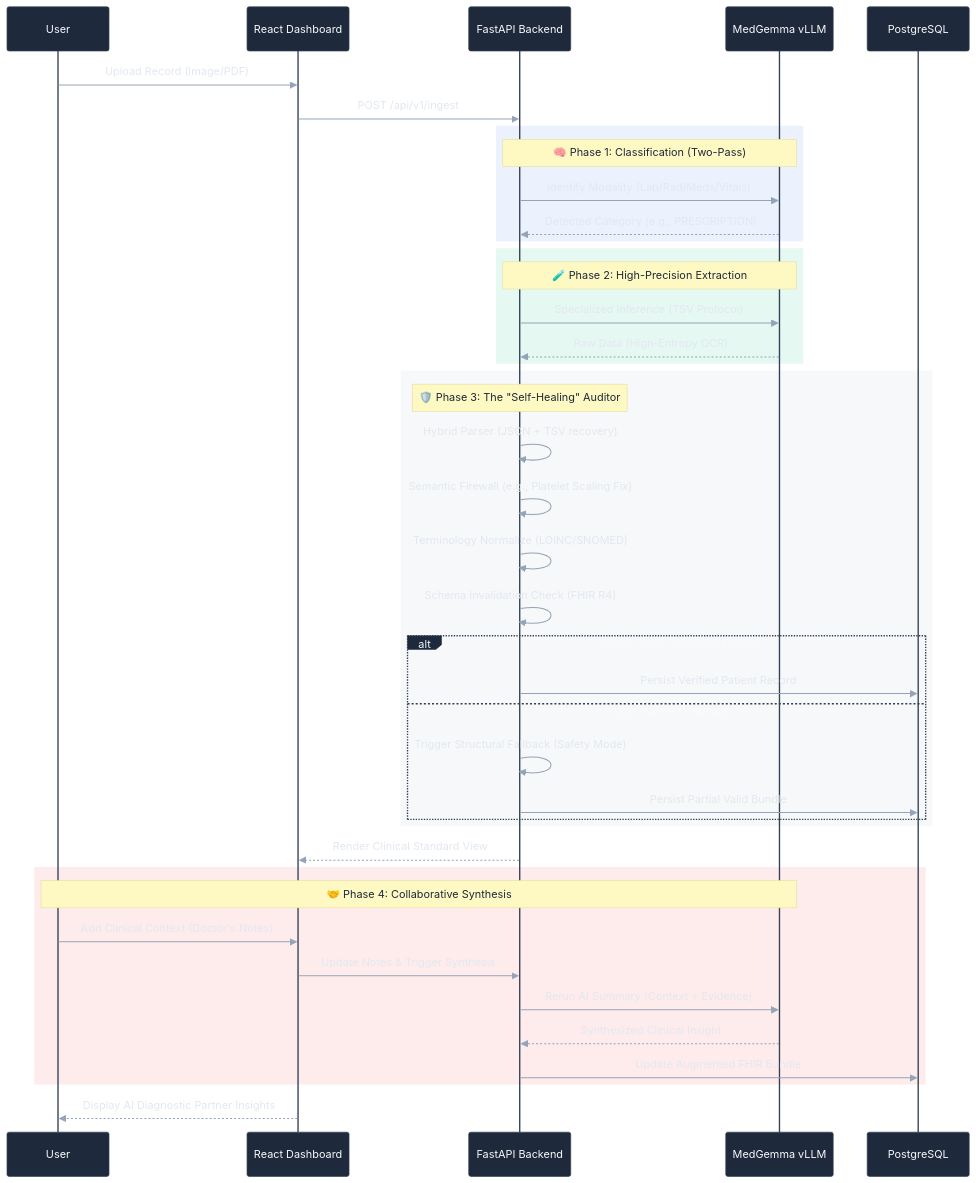
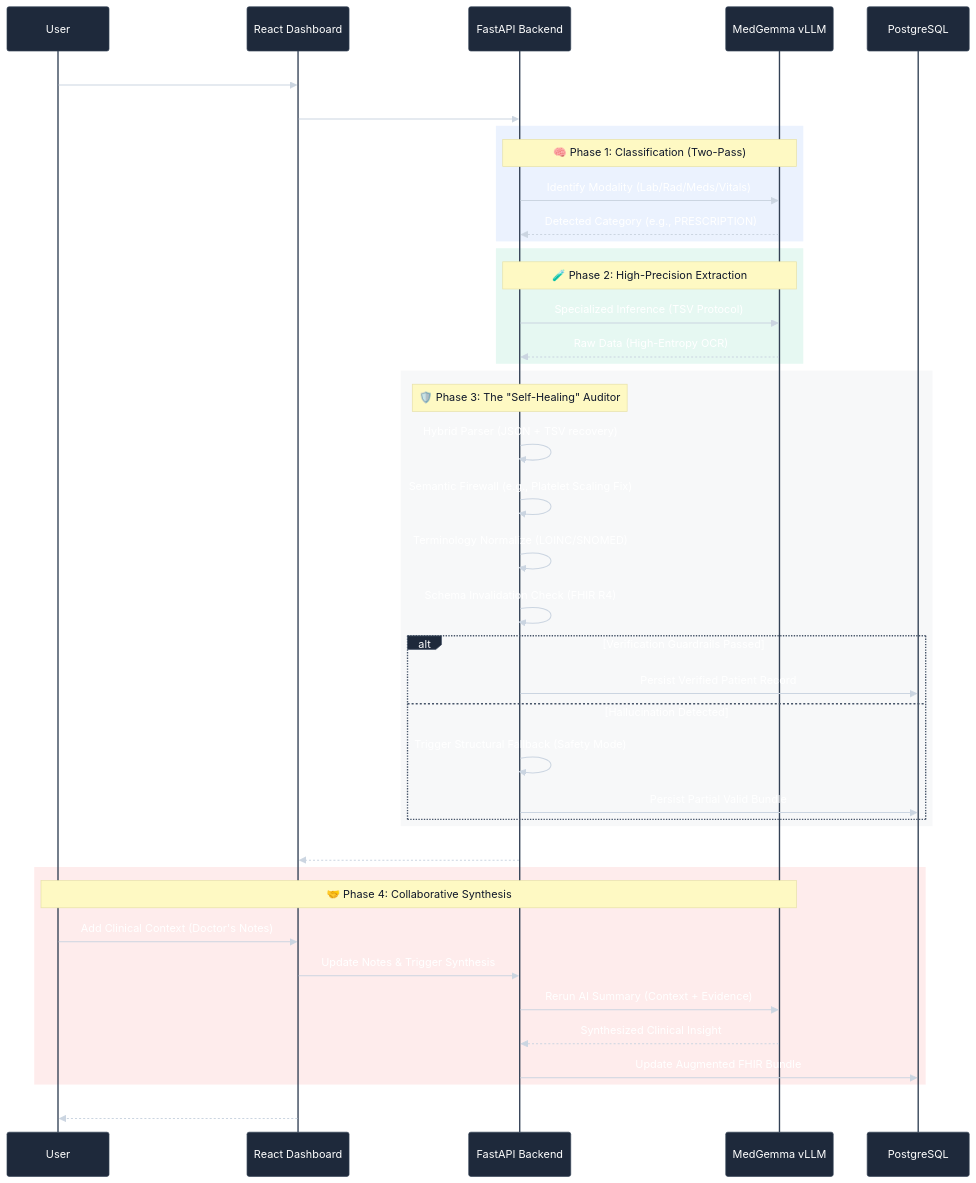
The diagram in README.md (ALIENvsROBOT/challenge_kaggle), drawn with Mermaid before and after one commit.

Commit message:
docs: Update Mermaid diagram theme colors and add font size for improved readability.

````diff
--- a/README.md
+++ b/README.md
@@ -77,71 +77,72 @@
 ```mermaid
 %%{init: {
   'theme': 'base',
   'themeVariables': {
     'background': '#0f172a',
     'primaryColor': '#1e293b',
-    'primaryTextColor': '#f8fafc',
+    'primaryTextColor': '#ffffff',
     'primaryBorderColor': '#334155',
-    'lineColor': '#64748b',
+    'lineColor': '#cbd5e1',
     'secondaryColor': '#1e293b',
     'tertiaryColor': '#1e293b',
     'noteBkgColor': '#fef9c3',
-    'noteTextColor': '#1e293b',
-    'actorTextColor': '#f8fafc',
-    'signalColor': '#94a3b8',
-    'signalTextColor': '#e2e8f0',
+    'noteTextColor': '#0f172a',
+    'actorTextColor': '#ffffff',
+    'signalColor': '#cbd5e1',
+    'signalTextColor': '#ffffff',
     'labelBoxBkgColor': '#1e293b',
-    'labelBoxBorderColor': '#334155',
-    'loopTextColor': '#f8fafc'
+    'labelBoxBorderColor': '#475569',
+    'loopTextColor': '#ffffff',
+    'fontSize': '14px'
   }
 }}%%
 sequenceDiagram
     participant User
     participant UI as React Dashboard
     participant API as FastAPI Backend
     participant LLM as MedGemma vLLM
     participant DB as PostgreSQL
 
     User->>UI: Upload Record (Image/PDF)
     UI->>API: POST /api/v1/ingest
 
     rect rgba(59, 130, 246, 0.1)
     Note over API, LLM: 🧠 Phase 1: Classification (Two-Pass)
     API->>LLM: Identify Modality (Lab/Rad/Meds/Vitals)
     LLM-->>API: Detected Category (e.g., PRESCRIPTION)
     end
 
     rect rgba(16, 185, 129, 0.1)
     Note over API, LLM: 🧪 Phase 2: High-Precision Extraction
     API->>LLM: Specialized Inference (TSV Protocol)
     LLM-->>API: Raw Data (High-Entropy OCR)
     end
 
     rect rgba(100, 116, 139, 0.05)
     Note over API: 🛡️ Phase 3: The "Self-Healing" Auditor
     API->>API: Hybrid Parser (JSON + TSV recovery)
     API->>API: Semantic Firewall (e.g., Platelet Scaling Fix)
     API->>API: Terminology Normalize (LOINC/SNOMED)
     API->>API: Schema Invalidation Check (FHIR R4)
 
     alt Verification Guardrails Passed
         API->>DB: Persist Verified Patient Record
     else Hallucination Detected
         API->>API: Trigger Structural Fallback (Safety Mode)
         API->>DB: Persist Partial Valid Bundle
     end
     end
 
     API-->>UI: Render Clinical Standard View
 
     rect rgba(239, 68, 68, 0.1)
     Note over User, LLM: 🤝 Phase 4: Collaborative Synthesis
     User->>UI: Add Clinical Context (Doctor's Notes)
     UI->>API: Update Notes & Trigger Synthesis
     API->>LLM: Rerun AI Summary (Context + Evidence)
     LLM-->>API: Synthesized Clinical Insight
     API->>DB: Update Augmented FHIR Bundle
     end
 
     UI-->>User: Display AI Diagnostic Partner Insights
 ```
````
